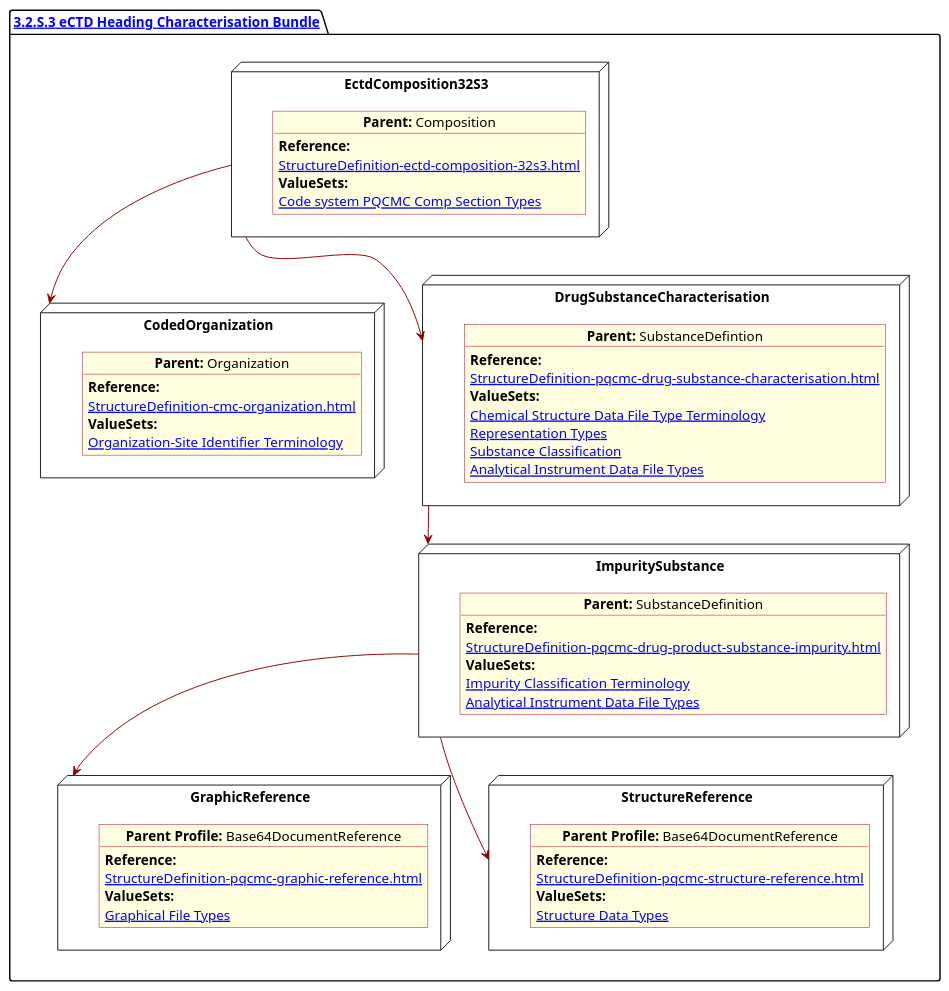
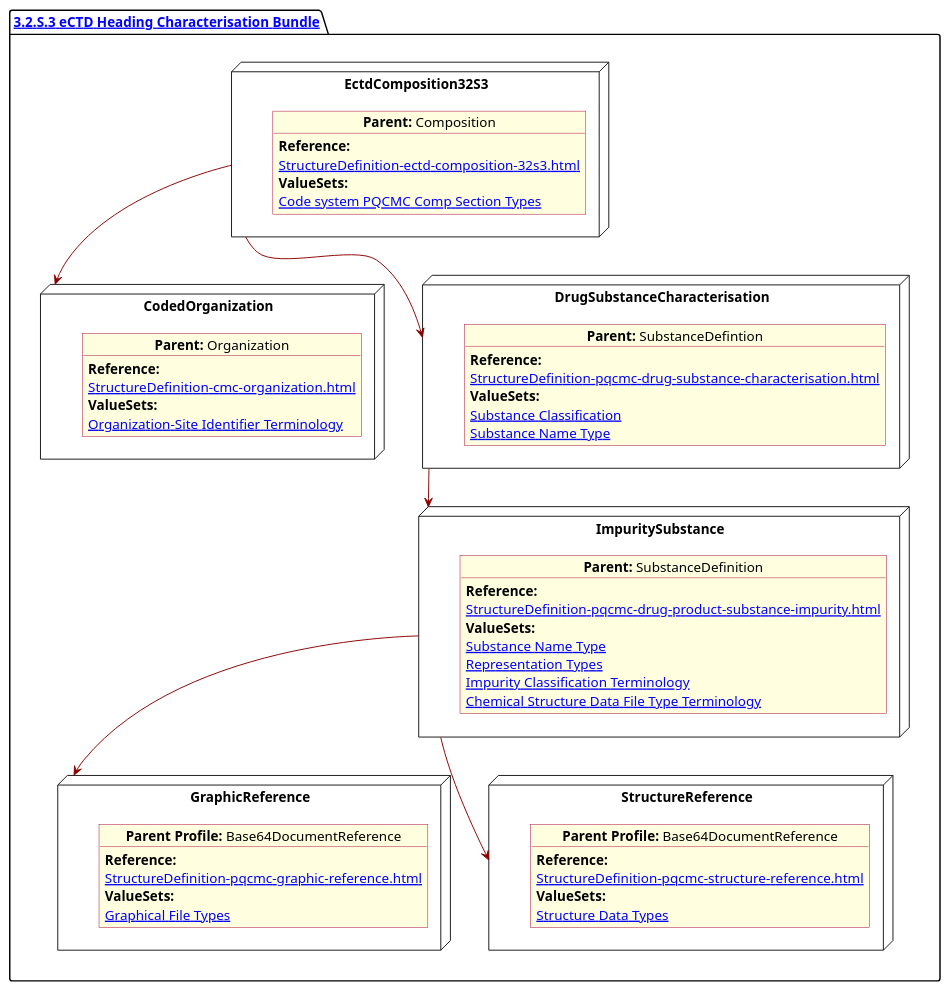
The diagram in input/images-source/SubstanceImpurity.plantuml (HL7/FHIR-us-pq-cmc-fda), drawn with PlantUML before and after one commit. The commit also changed 7 other files, not shown here.

Commit message:
organization in diagrams updated

```diff
--- a/input/images-source/SubstanceImpurity.plantuml
+++ b/input/images-source/SubstanceImpurity.plantuml
@@ -1,81 +1,82 @@
 @startuml SubstanceImpurity
 allowmixing
 'Mixed model of use case and object
 skinparam svgDimensionStyle false
 skinparam ObjectBackgroundColor LightYellow
 skinparam ObjectBorderColor #A80036
 skinparam activityDiamondBorderColor #A80036
 skinparam activityDiamondBackgroundColor lawnGreen
 skinparam ClassBorderThickness 4
 
 package "[[StructureDefinition-cmc-ectd-document-32s3.html 3.2.S.3 eCTD Heading Characterisation Bundle]]" as NODES {
 
   node "EctdComposition32S3" as N1 {
 
     object "**Parent:** Composition" as obj1 {
       **Reference:**
       [[StructureDefinition-ectd-composition-32s3.html]]
       **ValueSets:**
       [[ValueSet-cmc-comp-section-types-vs.html Code system PQCMC Comp Section Types]]
     }
   }
   node "CodedOrganization" as NSO {
 
     object "**Parent:** Organization" as objAu {
       **Reference:**
       [[StructureDefinition-cmc-organization.html]]
       **ValueSets:**
       [[ValueSet-pqcmc-org-identifier-type-terminology.html Organization-Site Identifier Terminology]]
     }
   }
 
   node "DrugSubstanceCharacterisation" as NN {
 
     object "**Parent:** SubstanceDefintion" as obj3 {
 
       **Reference:**
       [[StructureDefinition-pqcmc-drug-substance-characterisation.html]]
       **ValueSets:**
-      [[ValueSet-pqcmc-chemical-structure-datafile-type-terminology.html Chemical Structure Data File Type Terminology]]
-      [[ValueSet-pqcmc-representation-types.html Representation Types]]
       [[ValueSet-substance-classification.html Substance Classification]]
-      [[ValueSet-pqcmc-analytical-instrument-data-types.html Analytical Instrument Data File Types]]
+      [[ValueSet-pqcmc-substance-name-type.html Substance Name Type]]
     }
   }
 
   node "ImpuritySubstance" as N6 {
 
     object "**Parent:** SubstanceDefinition" as obj2 {
       **Reference:**
       [[StructureDefinition-pqcmc-drug-product-substance-impurity.html]]
       **ValueSets:**
+      [[ValueSet-pqcmc-substance-name-type.html Substance Name Type]]
+      [[ValueSet-pqcmc-representation-types.html Representation Types]]
       [[ValueSet-pqcmc-impurity-classification-terminology.html Impurity Classification Terminology]]
-      [[ValueSet-pqcmc-analytical-instrument-data-types.html Analytical Instrument Data File Types]]
+      [[ValueSet-pqcmc-chemical-structure-datafile-type-terminology.html Chemical Structure Data File Type Terminology]]
     }
   }
   node "GraphicReference" as NB64 {
 
     object "**Parent Profile:** Base64DocumentReference"  as obj64 {
       **Reference:**
       [[StructureDefinition-pqcmc-graphic-reference.html]]
       **ValueSets:**
       [[ValueSet-pqcmc-graphical-file-types.html Graphical File Types]]
     }
   }
+
   node "StructureReference" as NBstruc {
 
     object "**Parent Profile:** Base64DocumentReference"  as objb64 {
       **Reference:**
       [[StructureDefinition-pqcmc-structure-reference.html]]
-        **ValueSets:**
-        [[ValueSet-pqcmc-structure-data-types.html Structure Data Types]]
+      **ValueSets:**
+      [[ValueSet-pqcmc-structure-data-types.html Structure Data Types]]
     }
   }
 
   N1 -[#darkred]-> NSO
   NN -[#darkred]-> N6
   N1 -[#darkred]-> NN
   N6 -[#darkred]-> NB64
   N6 -[#darkred]-> NBstruc
 }
 @enduml
```
